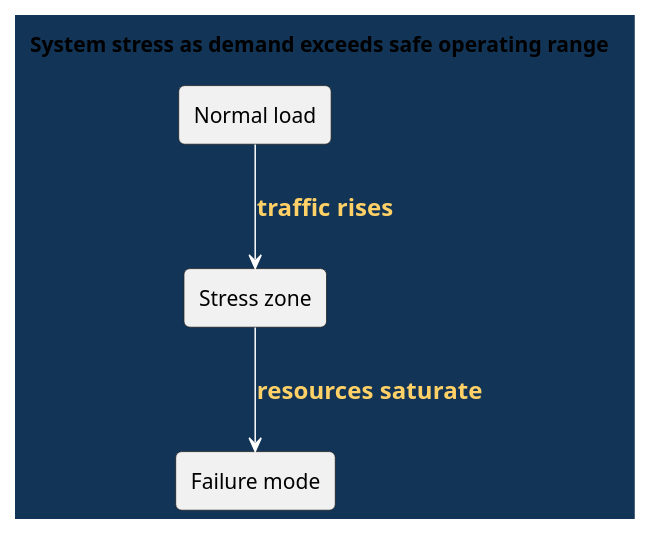
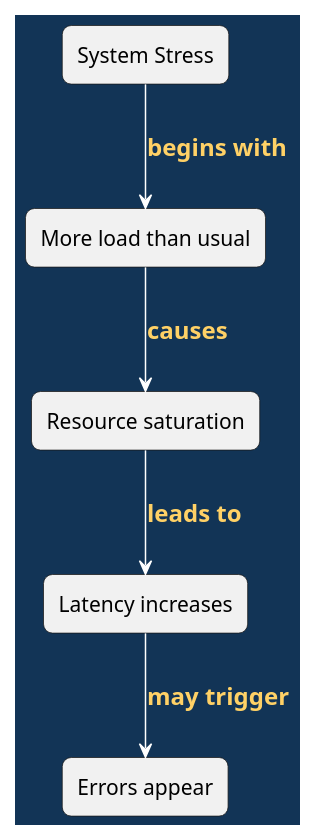
One commit to madajaju/CS5254 changed the first of 7 diagrams in doc/lectures/week12/README.slides.adoc. Above: the diagram before and after it, drawn with PlantUML. The commit also changed other lines of this file and 47 other files, not shown here.

```diff
--- a/doc/lectures/week12/README.slides.adoc
+++ b/doc/lectures/week12/README.slides.adoc
@@ -4,30 +5,40 @@
-[plantuml, stress-overview, svg, width=100%]
+[plantuml,width=100%]
 ----
 @startuml
-!pragma useBetaStyle true
 skinparam backgroundColor #123456
 skinparam defaultFontColor black
 skinparam ArrowColor white
 skinparam ArrowFontColor #ffd166
 skinparam ArrowFontStyle bold
 skinparam ArrowFontSize 16
 skinparam shadowing false
-skinparam roundcorner 8
-skinparam classBackgroundColor white
-skinparam classBorderColor #123456
-skinparam classFontColor black
-skinparam componentBackgroundColor white
-skinparam componentBorderColor #123456
-skinparam componentFontColor black
-skinparam noteBackgroundColor white
-skinparam noteBorderColor #123456
-skinparam noteFontColor black
-skinparam DefaultTextAlignment center
-title System stress as demand exceeds safe operating range
-rectangle "Normal load" as N
-rectangle "Stress zone" as S
-rectangle "Failure mode" as F
-N --> S : traffic rises
-S --> F : resources saturate
+skinparam defaultTextAlignment center
+skinparam roundCorner 12
+skinparam class {
+  BackgroundColor white
+  BorderColor #123456
+  FontColor black
+}
+skinparam participant {
+  BackgroundColor white
+  BorderColor #123456
+  FontColor black
+}
+skinparam sequence {
+  LifeLineBorderColor white
+  LifeLineBackgroundColor white
+  ParticipantBorderColor #123456
+  ParticipantBackgroundColor white
+  ParticipantFontColor black
+}
+rectangle "System Stress" as SS
+rectangle "More load than usual" as L
+rectangle "Resource saturation" as R
+rectangle "Latency increases" as T
+rectangle "Errors appear" as E
+SS --> L : begins with
+L --> R : causes
+R --> T : leads to
+T --> E : may trigger
 @enduml
 ----
```
